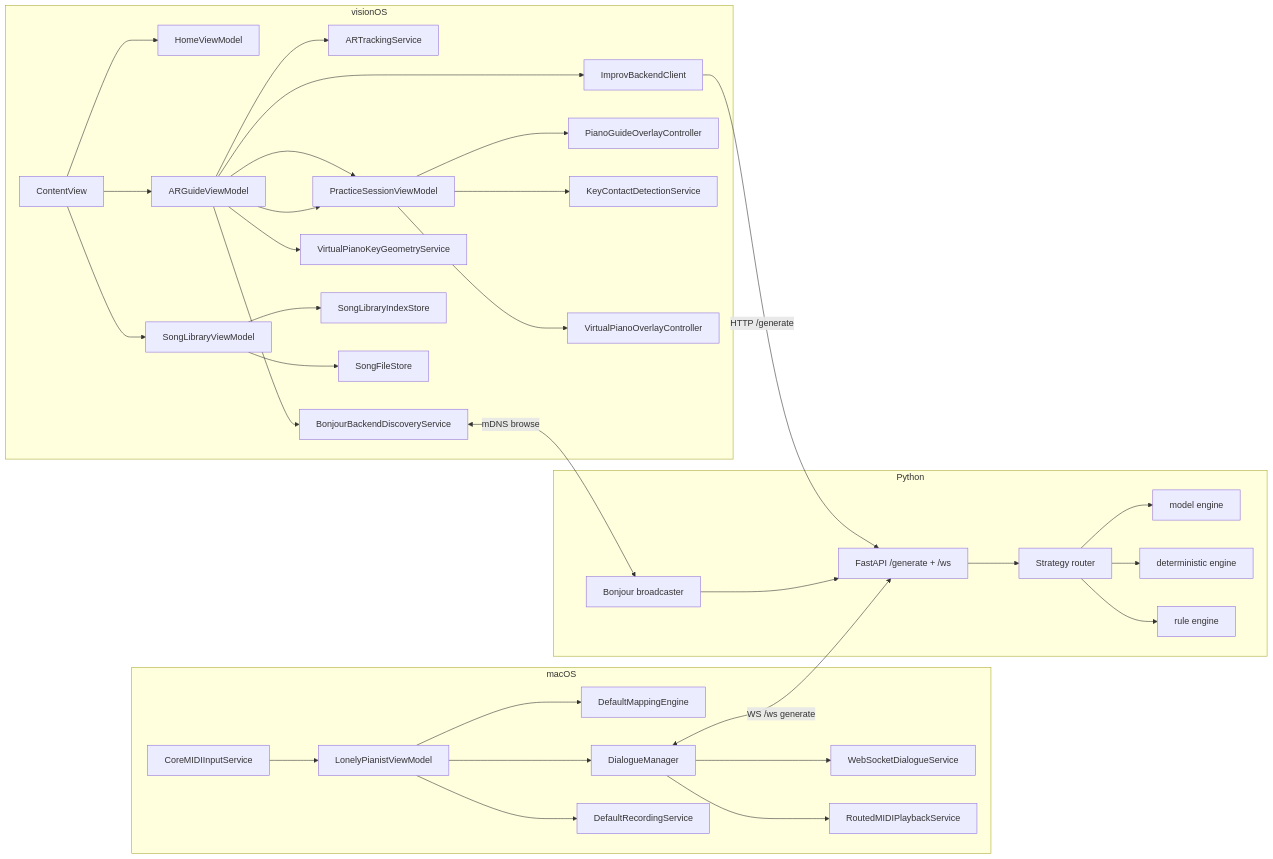
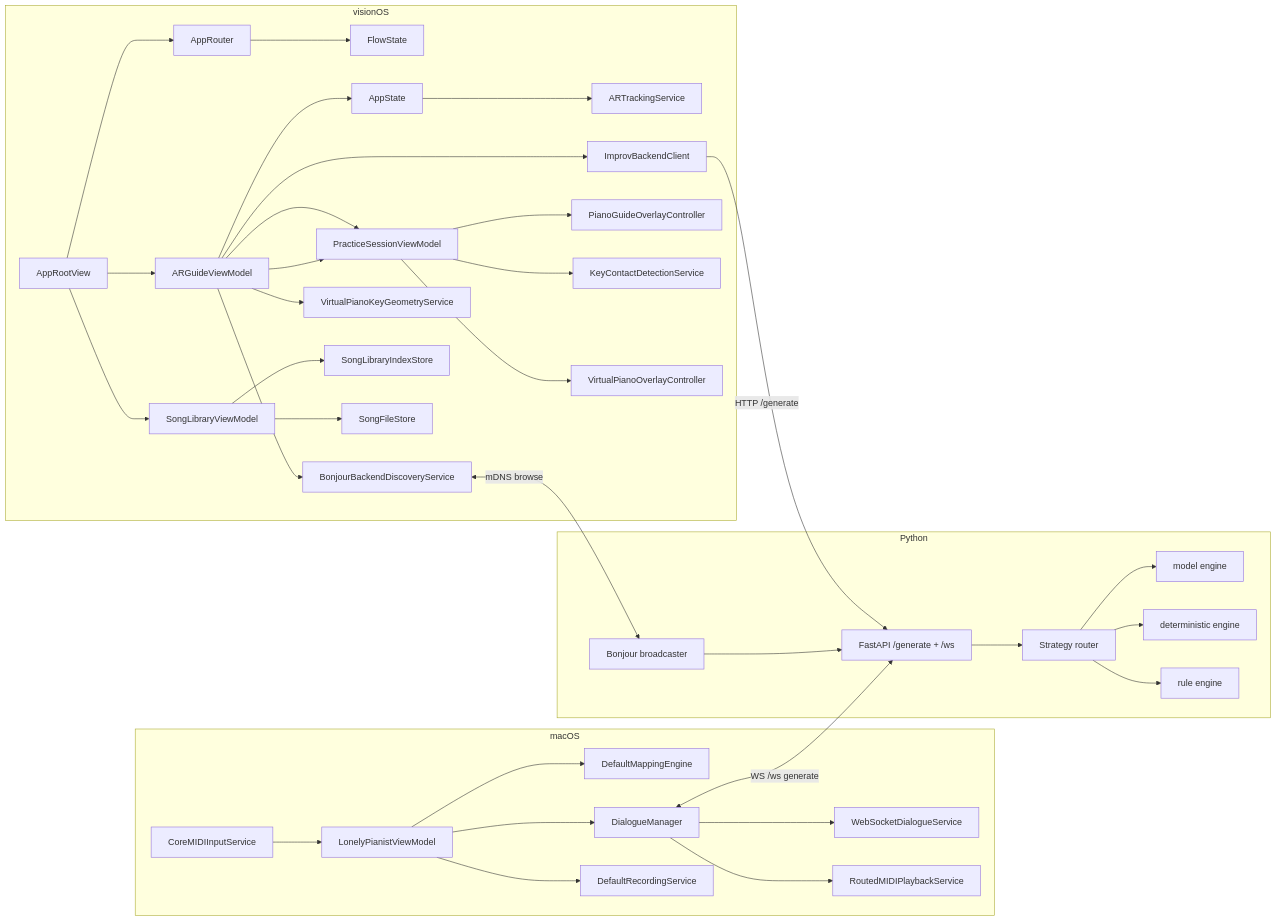
Before and after one commit to chiimagnus/Amoroso: the diagram in .github/deepwiki/architecture.md, drawn with Mermaid. The commit also changed other lines of this file and 10 other files, not shown here.

````diff
--- a/.github/deepwiki/architecture.md
+++ b/.github/deepwiki/architecture.md
@@ -36,40 +38,42 @@
 ```mermaid
 flowchart LR
   subgraph macOS
     A[CoreMIDIInputService] --> B[LonelyPianistViewModel]
     B --> C[DefaultMappingEngine]
     B --> D[DialogueManager]
     B --> E[DefaultRecordingService]
     D --> F[WebSocketDialogueService]
     D --> G[RoutedMIDIPlaybackService]
   end
 
   subgraph visionOS
-    H[ContentView] --> I[HomeViewModel]
-    H --> J[SongLibraryViewModel]
-    H --> K[ARGuideViewModel]
-    K --> L[ARTrackingService]
+    RV[AppRootView] --> RT[AppRouter]
+    RT --> FS[FlowState]
+    RV --> J[SongLibraryViewModel]
+    RV --> K[ARGuideViewModel]
+    K --> AS[AppState]
+    AS --> L[ARTrackingService]
     K --> M[PracticeSessionViewModel]
     K --> BD[BonjourBackendDiscoveryService]
     K --> IC[ImprovBackendClient]
     M --> N[PianoGuideOverlayController]
     M --> W[KeyContactDetectionService]
     M --> X[VirtualPianoOverlayController]
     K --> Y[VirtualPianoKeyGeometryService]
     J --> O[SongLibraryIndexStore]
     J --> P[SongFileStore]
   end
 
   subgraph Python
     QB[Bonjour broadcaster] --> Q[FastAPI /generate + /ws]
     Q --> R[Strategy router]
     R --> E1[model engine]
     R --> E2[deterministic engine]
     R --> E3[rule engine]
   end
 
   D <-->|WS /ws generate| Q
   BD <-->|mDNS browse| QB
   IC -->|HTTP /generate| Q
   K --> M
 ```
````
